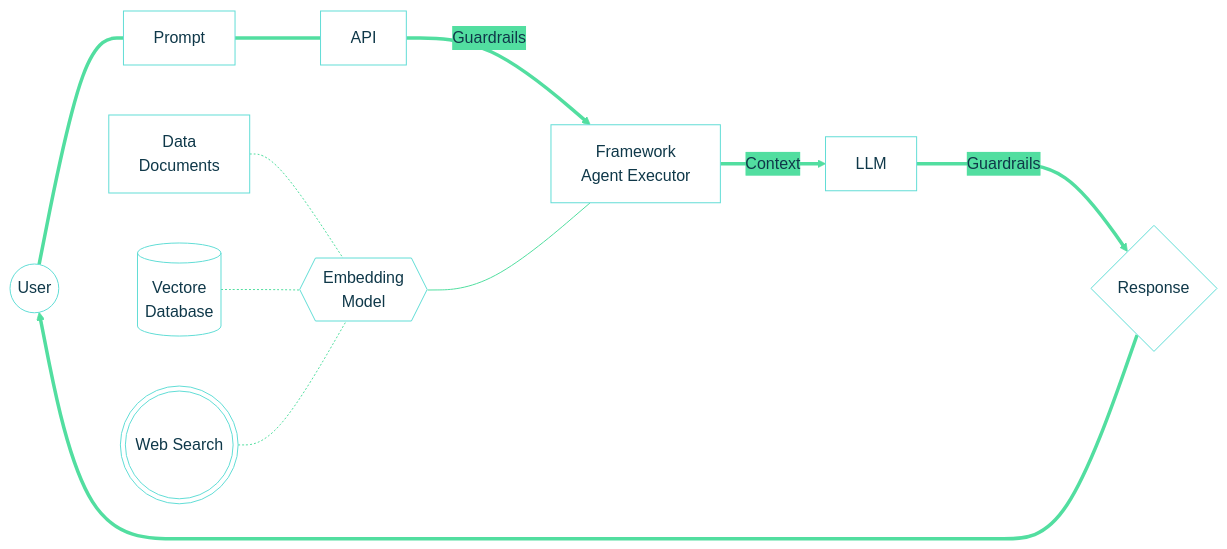
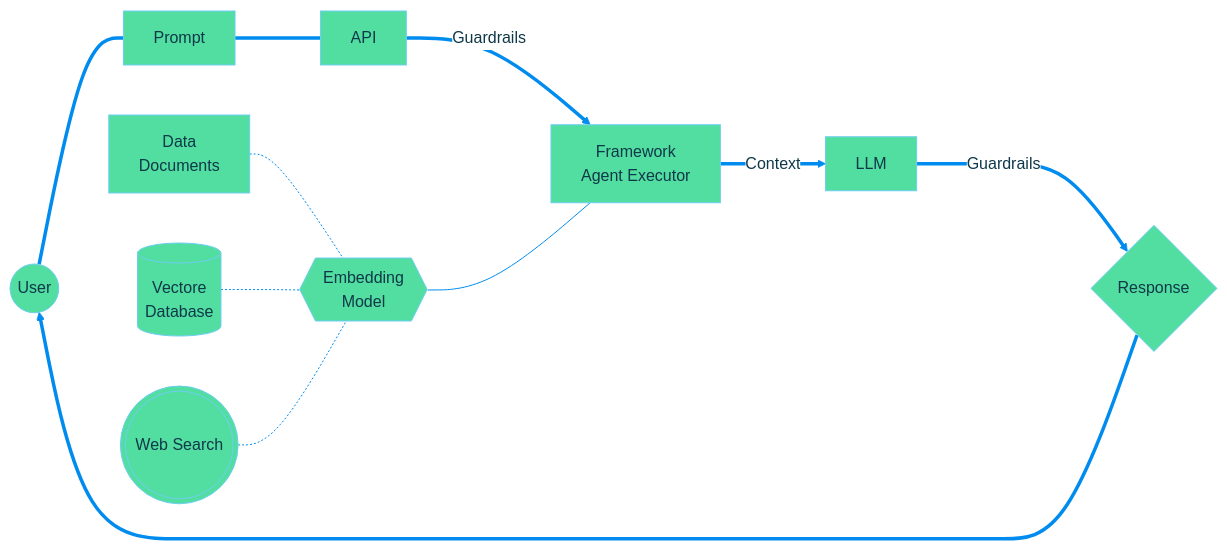
The diagram in bot_mindmap_simplified.md (sebastianmarodi/chatbot_prototype), drawn with Mermaid before and after one commit.

Commit message:
simple mindmap color edits

````diff
--- a/bot_mindmap_simplified.md
+++ b/bot_mindmap_simplified.md
@@ -1,31 +1,31 @@
 ```mermaid
 %%{
   init: {
     'theme': 'base',
     'themeVariables': {
-      'primaryColor': '#ffffff',
+      'primaryColor': '#52dea0',
       'primaryTextColor': '#0f3849',
-      'primaryBorderColor': '#62ddd6',
-      'lineColor': '#52dea0',
-      'secondaryColor': '#52dea0',
+      'primaryBorderColor': '#6ecef2',
+      'lineColor': '#008cef',
+      'secondaryColor': '#ffff',
       'tertiaryColor': '#6ccbef'
     }
   }
 }%%
 flowchart LR;
     id0((User)) === id1[Prompt];
 
     id1 ===  API ==> | Guardrails | id2[Framework\n Agent Executor] 
    
     id2 ==>| Context | LLM
     LLM  ===> | Guardrails | id7{Response} 
 
     id3 --- id2
     id3{{Embedding\n Model}} 
     id4[Data\n Documents] -.- id3
     id5[(Vectore\n Database)] -.- id3
     id6(((Web Search))) -.- id3
     
     id7 ==> id0
 
 ```
````
